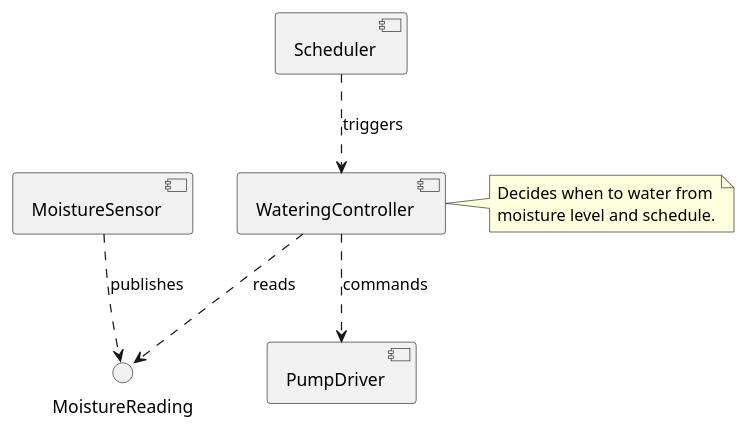
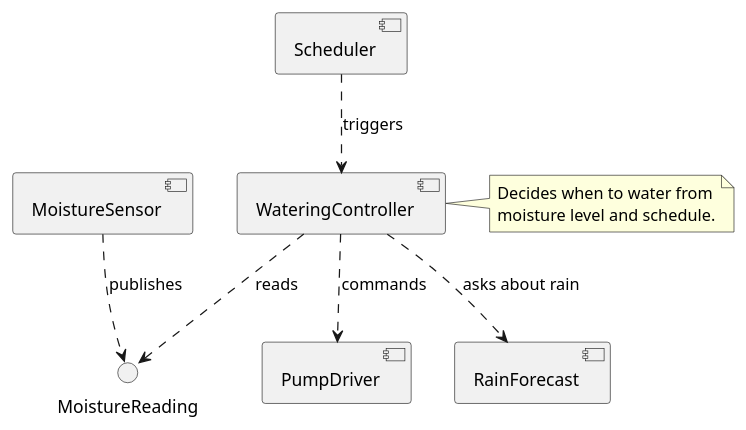
One commit to thinhquoc17091989-sudo/KiroweenDoppel changed the diagram in samples/plant-watering/proposals.puml. Above: the diagram before and after it, drawn with PlantUML. The commit also changed 7 other files, not shown here.

```diff
--- a/samples/plant-watering/proposals.puml
+++ b/samples/plant-watering/proposals.puml
@@ -1,33 +1,38 @@
 @startuml plant-watering
 ' Proposed architecture for a plant-watering controller.
 ' Dashed links (..>) are proposals awaiting review. Every element carries a stable id.
 
 ' id: moisture-sensor
 ' req: R1
 component "MoistureSensor" as MoistureSensor
 
 ' id: watering-controller
 ' req: R1, R2
 component "WateringController" as WateringController
 
 ' id: pump-driver
 ' req: R2
 component "PumpDriver" as PumpDriver
 
 ' id: scheduler
 ' req: R3
 component "Scheduler" as Scheduler
 
 ' id: moisture-reading
 interface "MoistureReading" as MoistureReading
 
+' id: rain-forecast
+' req: R8
+component "RainForecast" as RainForecast
+
 MoistureSensor ..> MoistureReading : publishes
 WateringController ..> MoistureReading : reads
 WateringController ..> PumpDriver : commands
 Scheduler ..> WateringController : triggers
+WateringController ..> RainForecast : asks about rain
 
 note right of WateringController
   Decides when to water from
   moisture level and schedule.
 end note
 @enduml
```
